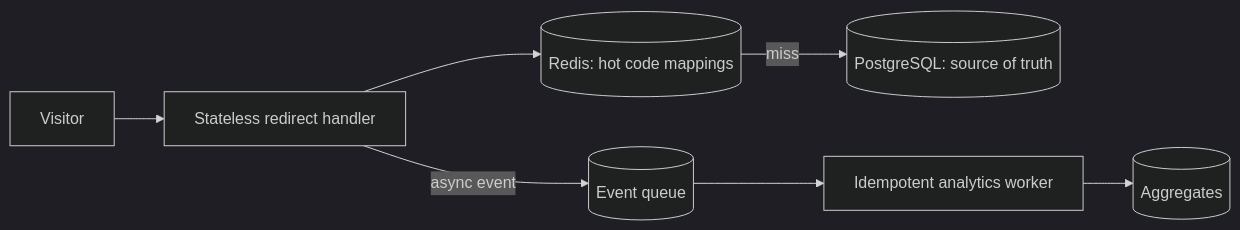
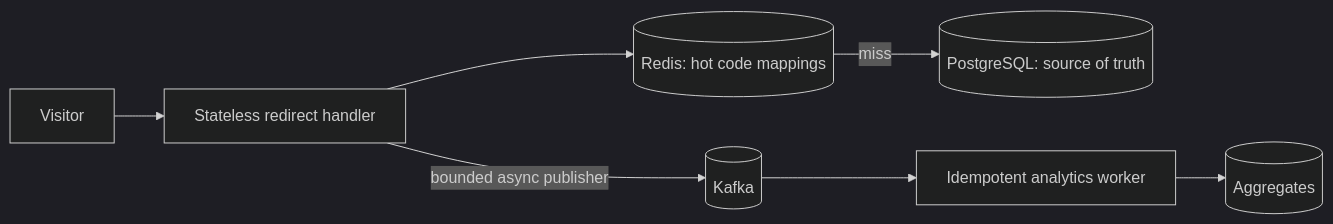
One commit to rohannsaxena2609/shortline changed the second of 2 diagrams in docs/system-design.md. Above: the diagram before and after it, drawn with Mermaid (dark theme). The commit also changed other lines of this file and 2 other files, not shown here.

````diff
--- a/docs/system-design.md
+++ b/docs/system-design.md
@@ -27,9 +27,9 @@
 ```mermaid
 flowchart LR
   Visitor --> Redirect[Stateless redirect handler]
   Redirect --> Cache[(Redis: hot code mappings)]
   Cache -->|miss| DB[(PostgreSQL: source of truth)]
-  Redirect -->|async event| Queue[(Event queue)]
+  Redirect -->|bounded async publisher| Queue[(Kafka)]
   Queue --> Worker[Idempotent analytics worker]
   Worker --> Analytics[(Aggregates)]
 ```
````
